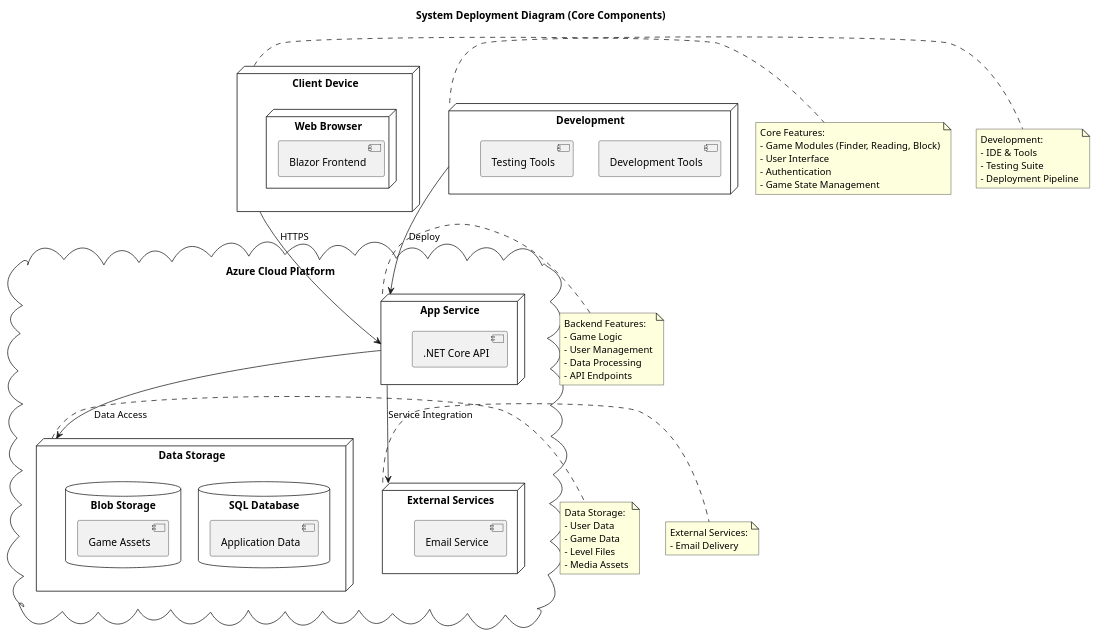
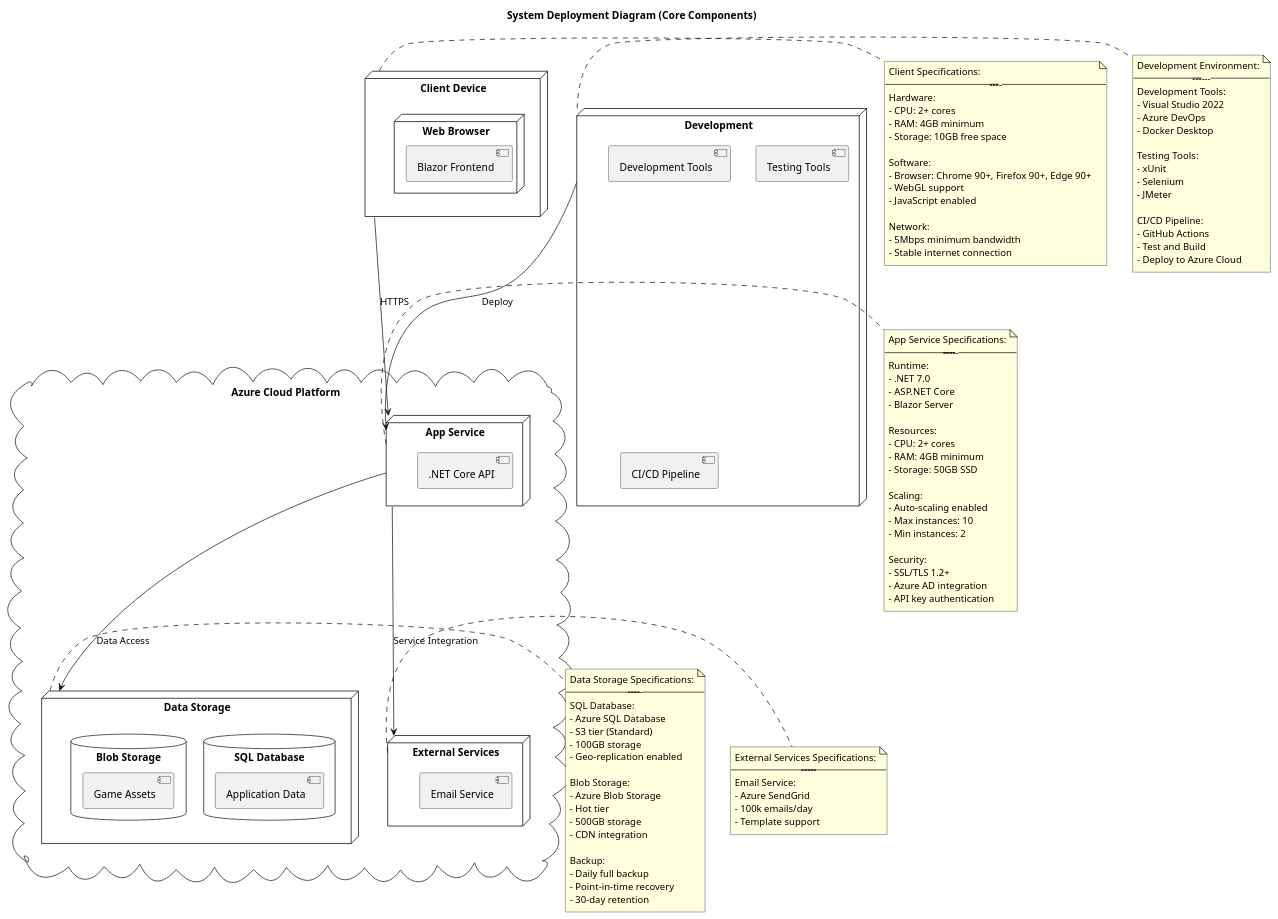
Before and after one commit to Saukys/se-24-psi2: the diagram in docs/deployment-diagram.puml, drawn with PlantUML. The commit also changed 6 other files, not shown here.

Commit message:
Update deployment and sequence diagrams with detailed specifications for CI/CD pipeline, client, app service, data storage, and external services. Refine authentication and game session flow diagrams for clarity and accuracy.

```diff
--- a/docs/deployment-diagram.puml
+++ b/docs/deployment-diagram.puml
@@ -1,108 +1,165 @@
 @startuml
 ' =============================================
 ' System Deployment Diagram
 ' =============================================
 ' This diagram illustrates the physical deployment architecture of the educational game platform,
 ' showing how different components are distributed across various environments.
 '
 ' Deployment Overview:
 ' - Client Side: Web browser-based Blazor frontend
 ' - Azure Cloud: Core application services and data storage
 ' - Development: Tools and environments for development
 '
 ' Infrastructure Components:
 ' - App Service: Hosts the .NET Core API
 ' - SQL Database: Stores application data
 ' - Blob Storage: Manages game assets
 ' - Development Tools: IDE and testing environment
 '
 ' Communication:
 ' - HTTPS for client-server communication
 ' - Secure data access between services
 ' - Deployment pipeline from development
 ' =============================================
 
 title System Deployment Diagram (Core Components)
 
 ' Style settings
 skinparam node {
     BackgroundColor White
     BorderColor Black
 }
 
 ' Client Side
 node "Client Device" as client {
     node "Web Browser" {
         [Blazor Frontend]
     }
 }
 
 ' Azure Cloud Platform
 cloud "Azure Cloud Platform" {
     node "App Service" as appService {
         [.NET Core API]
     }
 
     node "Data Storage" as storage {
         database "SQL Database" {
             [Application Data]
         }
         database "Blob Storage" {
             [Game Assets]
         }
     }
 
     node "External Services" as external {
         [Email Service]
     }
 }
 
 ' Development
 node "Development" as dev {
     [Development Tools]
     [Testing Tools]
+    [CI/CD Pipeline]
 }
 
 ' Communication Paths
 client --> appService : HTTPS
 appService --> storage : Data Access
 appService --> external : Service Integration
 dev --> appService : Deploy
 
-' Core Notes
+' Technical Specifications
 note right of client
-  Core Features:
-  - Game Modules (Finder, Reading, Block)
-  - User Interface
-  - Authentication
-  - Game State Management
+  Client Specifications:
+  --------------------
+  Hardware:
+  - CPU: 2+ cores
+  - RAM: 4GB minimum
+  - Storage: 10GB free space
+  
+  Software:
+  - Browser: Chrome 90+, Firefox 90+, Edge 90+
+  - WebGL support
+  - JavaScript enabled
+  
+  Network:
+  - 5Mbps minimum bandwidth
+  - Stable internet connection
 end note
 
 note right of appService
-  Backend Features:
-  - Game Logic
-  - User Management
-  - Data Processing
-  - API Endpoints
+  App Service Specifications:
+  -------------------------
+  Runtime:
+  - .NET 7.0
+  - ASP.NET Core
+  - Blazor Server
+  
+  Resources:
+  - CPU: 2+ cores
+  - RAM: 4GB minimum
+  - Storage: 50GB SSD
+  
+  Scaling:
+  - Auto-scaling enabled
+  - Max instances: 10
+  - Min instances: 2
+  
+  Security:
+  - SSL/TLS 1.2+
+  - Azure AD integration
+  - API key authentication
 end note
 
 note right of storage
-  Data Storage:
-  - User Data
-  - Game Data
-  - Level Files
-  - Media Assets
+  Data Storage Specifications:
+  -------------------------
+  SQL Database:
+  - Azure SQL Database
+  - S3 tier (Standard)
+  - 100GB storage
+  - Geo-replication enabled
+  
+  Blob Storage:
+  - Azure Blob Storage
+  - Hot tier
+  - 500GB storage
+  - CDN integration
+  
+  Backup:
+  - Daily full backup
+  - Point-in-time recovery
+  - 30-day retention
 end note
 
 note right of external
-  External Services:
-  - Email Delivery
+  External Services Specifications:
+  -----------------------------
+  Email Service:
+  - Azure SendGrid
+  - 100k emails/day
+  - Template support
 end note
 
 note right of dev
-  Development:
-  - IDE & Tools
-  - Testing Suite
-  - Deployment Pipeline
+  Development Environment:
+  ----------------------
+  Development Tools:
+  - Visual Studio 2022
+  - Azure DevOps
+  - Docker Desktop
+  
+  Testing Tools:
+  - xUnit
+  - Selenium
+  - JMeter
+  
+  CI/CD Pipeline:
+  - GitHub Actions
+  - Test and Build
+  - Deploy to Azure Cloud
 end note
+
 @enduml
```
